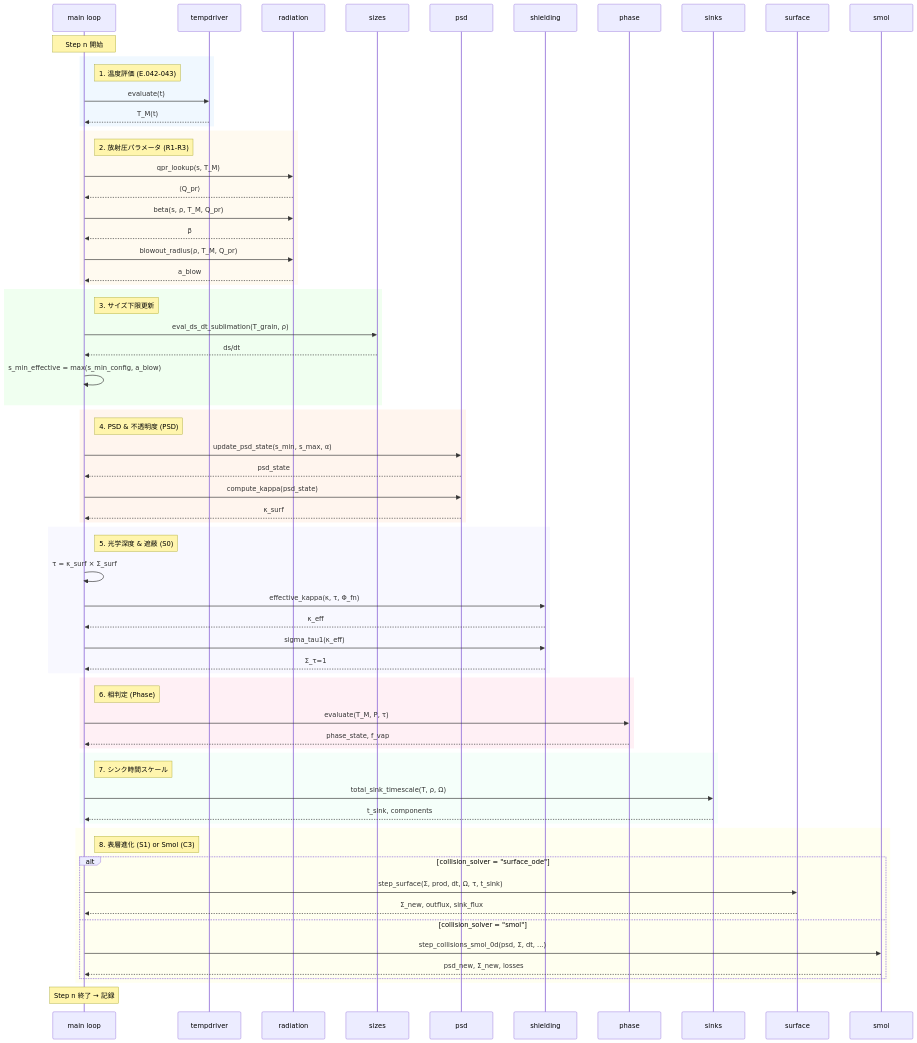
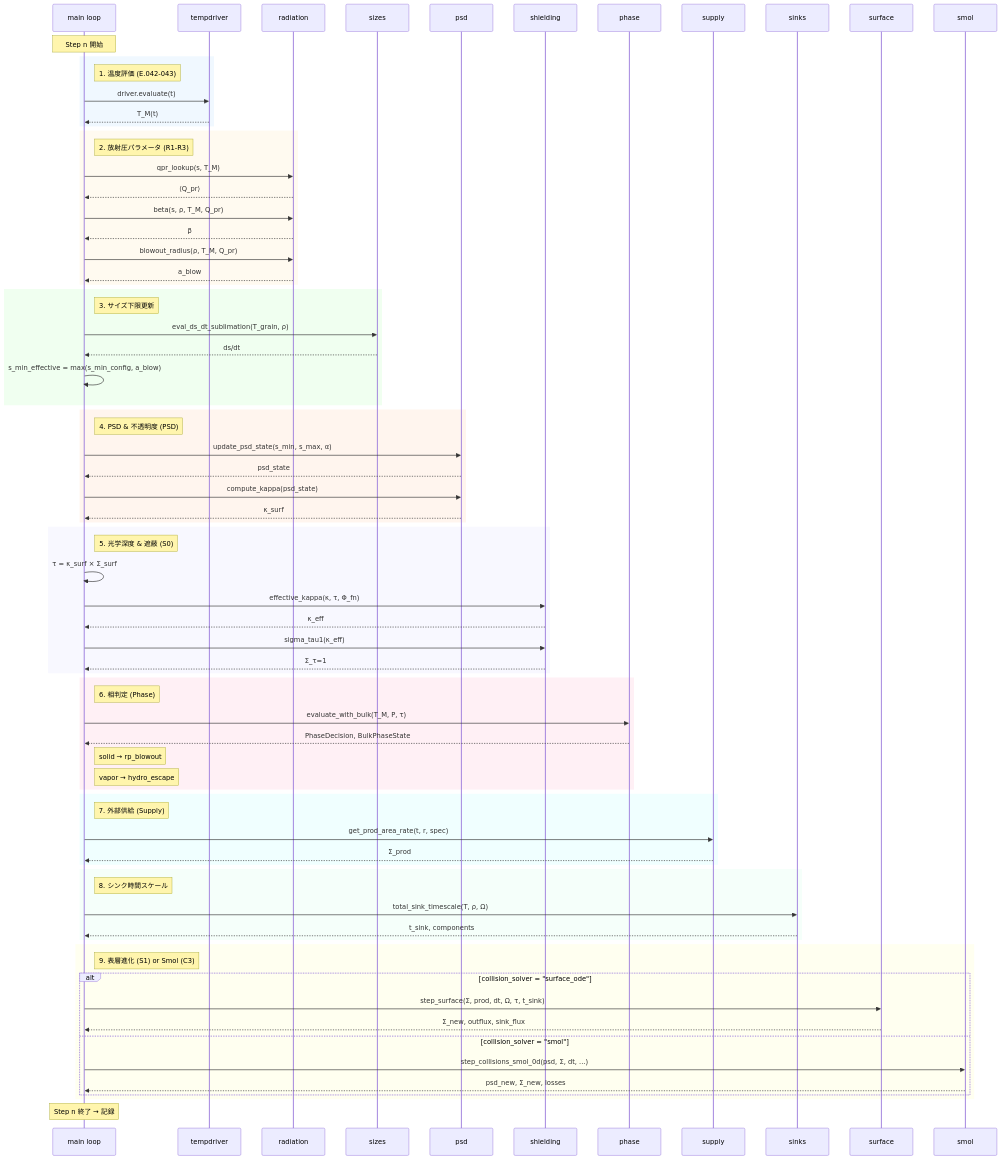
The second of 12 diagrams in analysis/physics_flow.md (Einfeld686/MarsDiskSimulation), drawn with Mermaid before and after one commit. The commit also changed other lines of this file and 14 other files, not shown here.

```diff
--- a/analysis/physics_flow.md
+++ b/analysis/physics_flow.md
@@ -56,6 +60,7 @@
     participant PSD as psd
     participant SH as shielding
     participant PH as phase
+    participant SP as supply
     participant SK as sinks
     participant SF as surface
     participant SM as smol
@@ -64,7 +69,7 @@
     
     rect rgb(240, 248, 255)
         Note right of M: 1. 温度評価 (E.042-043)
-        M->>TD: evaluate(t)
+        M->>TD: driver.evaluate(t)
         TD-->>M: T_M(t)
     end
     
@@ -104,18 +109,26 @@
     
     rect rgb(255, 240, 245)
         Note right of M: 6. 相判定 (Phase)
-        M->>PH: evaluate(T_M, P, τ)
-        PH-->>M: phase_state, f_vap
+        M->>PH: evaluate_with_bulk(T_M, P, τ)
+        PH-->>M: PhaseDecision, BulkPhaseState
+        Note right of M: solid → rp_blowout
+        Note right of M: vapor → hydro_escape
+    end
+
+    rect rgb(240, 255, 255)
+        Note right of M: 7. 外部供給 (Supply)
+        M->>SP: get_prod_area_rate(t, r, spec)
+        SP-->>M: Σ_prod
     end
     
     rect rgb(245, 255, 250)
-        Note right of M: 7. シンク時間スケール
+        Note right of M: 8. シンク時間スケール
         M->>SK: total_sink_timescale(T, ρ, Ω)
         SK-->>M: t_sink, components
     end
     
     rect rgb(255, 255, 240)
-        Note right of M: 8. 表層進化 (S1) or Smol (C3)
+        Note right of M: 9. 表層進化 (S1) or Smol (C3)
         alt collision_solver = "surface_ode"
             M->>SF: step_surface(Σ, prod, dt, Ω, τ, t_sink)
             SF-->>M: Σ_new, outflux, sink_flux
```
